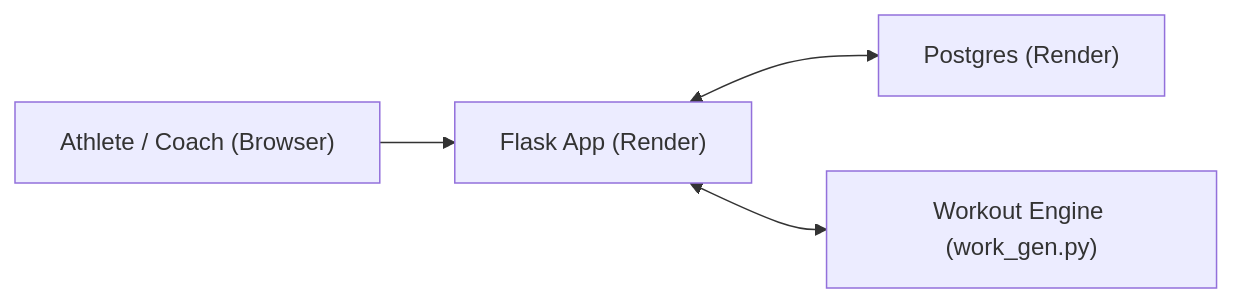
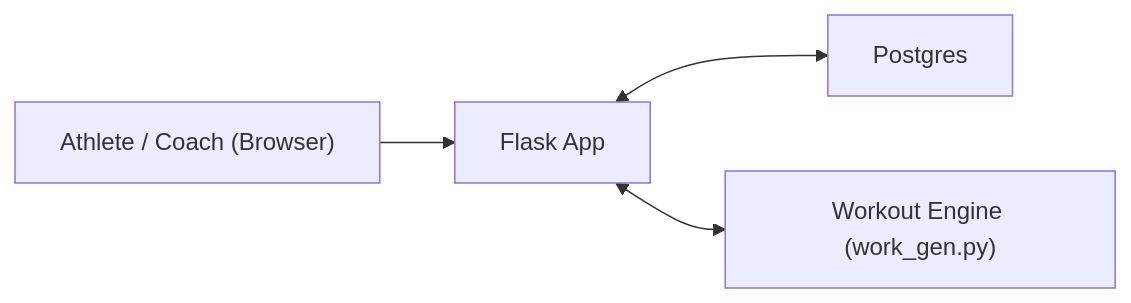
Before and after one commit to dpellinen-mscs/workout-generator: the diagram in README.md, drawn with Mermaid. The commit also changed other lines of this file, not shown here.

````diff
--- a/README.md
+++ b/README.md
@@ -35,6 +35,6 @@
 ```mermaid
 flowchart LR
-  U["Athlete / Coach (Browser)"] --> W["Flask App (Render)"]
-  W <--> D["Postgres (Render)"]
+  U["Athlete / Coach (Browser)"] --> W["Flask App"]
+  W <--> D["Postgres"]
   W <--> G["Workout Engine (work_gen.py)"]
 ```
````
